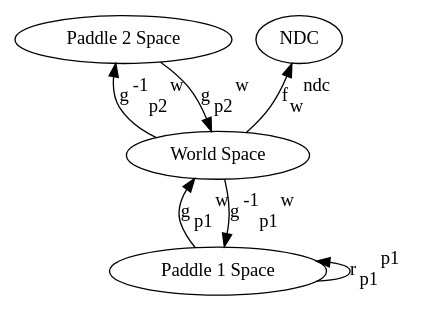
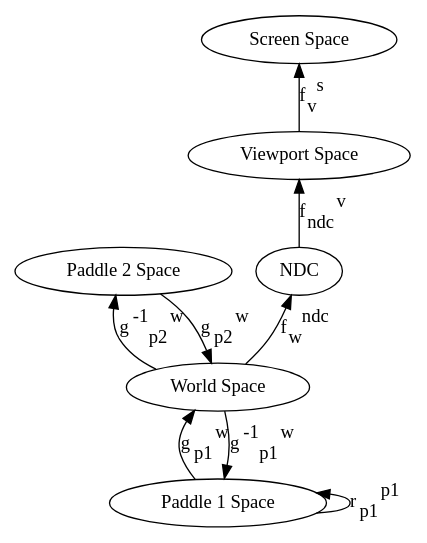
Before and after one commit to billsix/modelviewprojection: the diagram in docs/_static/demo08.dot, drawn with Graphviz. The commit also changed 11 other files, not shown here.

Commit message:
minor updates to content. added viewport space and screen space to cayley graphs.

```diff
--- a/docs/_static/demo08.dot
+++ b/docs/_static/demo08.dot
@@ -1,9 +1,11 @@
 digraph {
     rankdir="BT"
     "Paddle 1 Space" -> "World Space" [label=<g<SUB>p1</SUB><SUP>w</SUP>>];
     "Paddle 1 Space" -> "Paddle 1 Space" [label=<r<SUB>p1</SUB><SUP>p1  </SUP>>];
     "Paddle 2 Space" -> "World Space" [label=<g<SUB>p2</SUB><SUP>w</SUP>>];
     "World Space" -> "Paddle 1 Space" [label=<g<SUP>-1</SUP><SUB>p1</SUB><SUP>w</SUP>>];
     "World Space" -> "Paddle 2 Space" [label=<g<SUP>-1</SUP><SUB>p2</SUB><SUP>w</SUP>>];
     "World Space" -> "NDC" [label=<f<SUB>w</SUB><SUP>ndc</SUP>>];
+    "NDC" -> "Viewport Space" [label=<f<SUB>ndc</SUB><SUP>v</SUP>>];
+    "Viewport Space" -> "Screen Space" [label=<f<SUB>v</SUB><SUP>s</SUP>>];
 }
```
